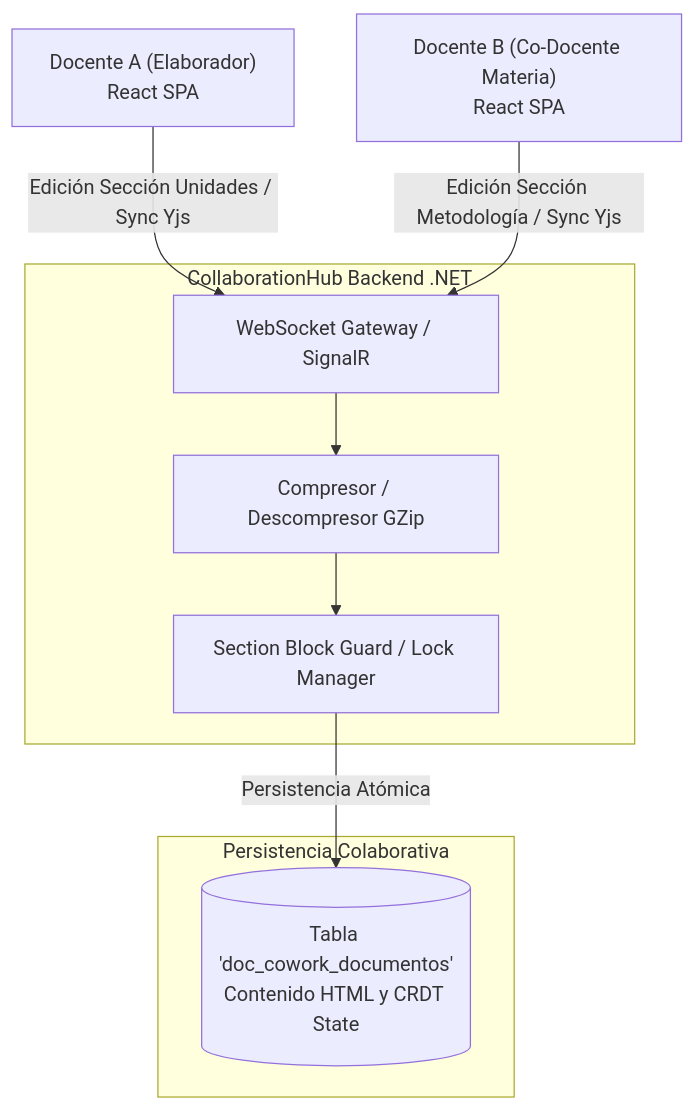
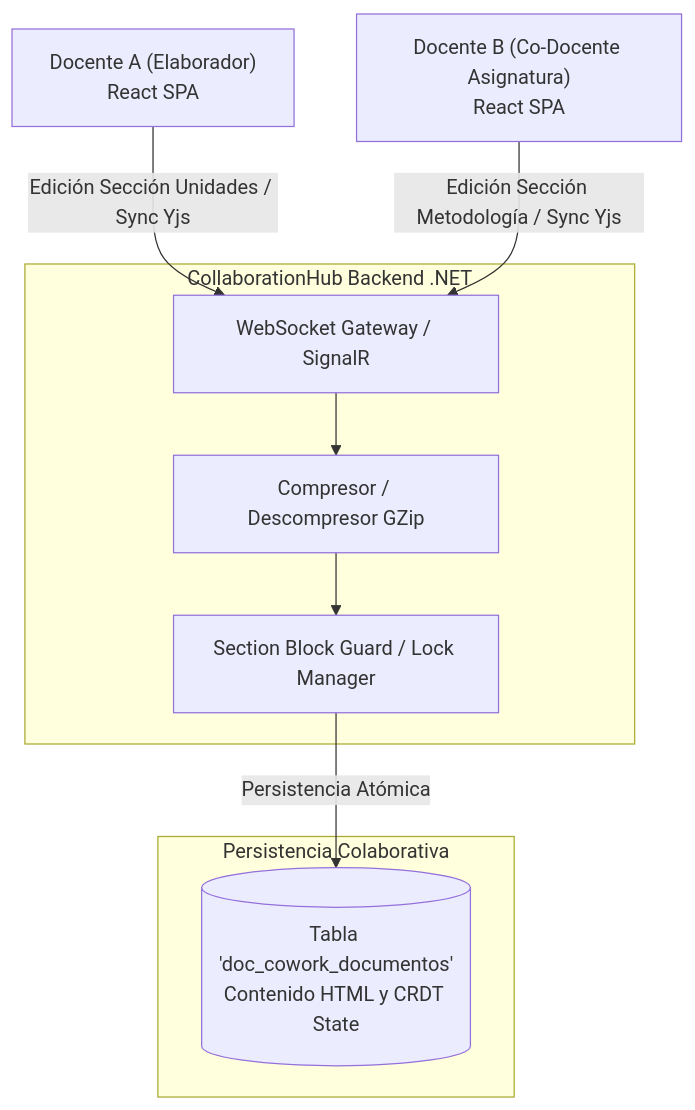
Before and after one commit to JorgeDoicela/dosier: the fifth of 5 diagrams in docs/documentacion/01-arquitectura/02-micro-arquitecturas-patrones.md, drawn with Mermaid. The commit also changed other lines of this file and 54 other files, not shown here.

````diff
--- a/docs/documentacion/01-arquitectura/02-micro-arquitecturas-patrones.md
+++ b/docs/documentacion/01-arquitectura/02-micro-arquitecturas-patrones.md
@@ -140,22 +140,22 @@
 ```mermaid
 graph TD
     UserA["Docente A (Elaborador)\nReact SPA"]
-    UserB["Docente B (Co-Docente Materia)\nReact SPA"]
+    UserB["Docente B (Co-Docente Asignatura)\nReact SPA"]
 
     subgraph SignalRHub [CollaborationHub Backend .NET]
         WsGateway["WebSocket Gateway / SignalR"]
         GZipFilter["Compresor / Descompresor GZip"]
         LockManager["Section Block Guard / Lock Manager"]
     end
 
     subgraph PersistenciaCoWork [Persistencia Colaborativa]
         DocCoworkDB[("Tabla 'doc_cowork_documentos'\nContenido HTML y CRDT State")]
     end
 
     UserA -->|Edición Sección Unidades / Sync Yjs| WsGateway
     UserB -->|Edición Sección Metodología / Sync Yjs| WsGateway
 
     WsGateway --> GZipFilter
     GZipFilter --> LockManager
     LockManager -->|Persistencia Atómica| DocCoworkDB
 ```
````
